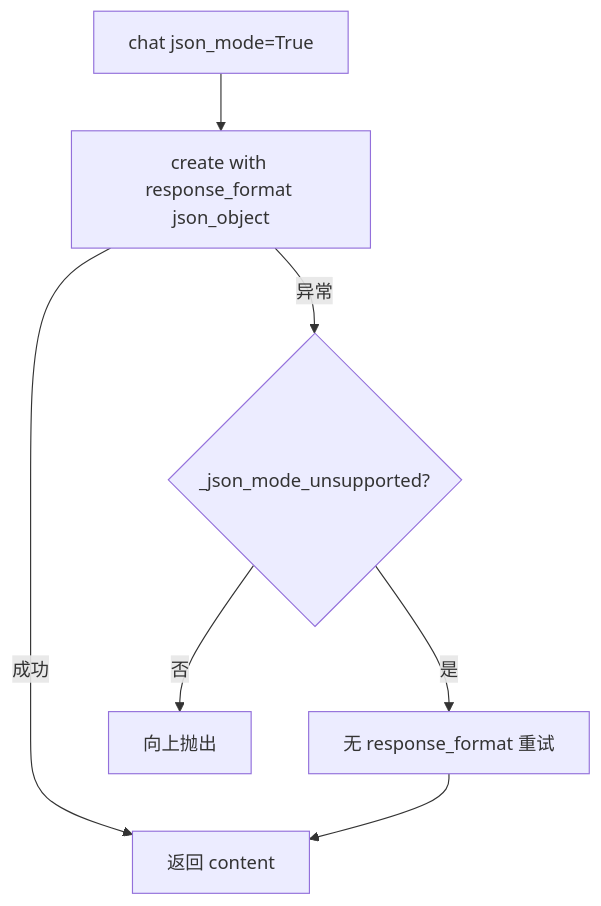
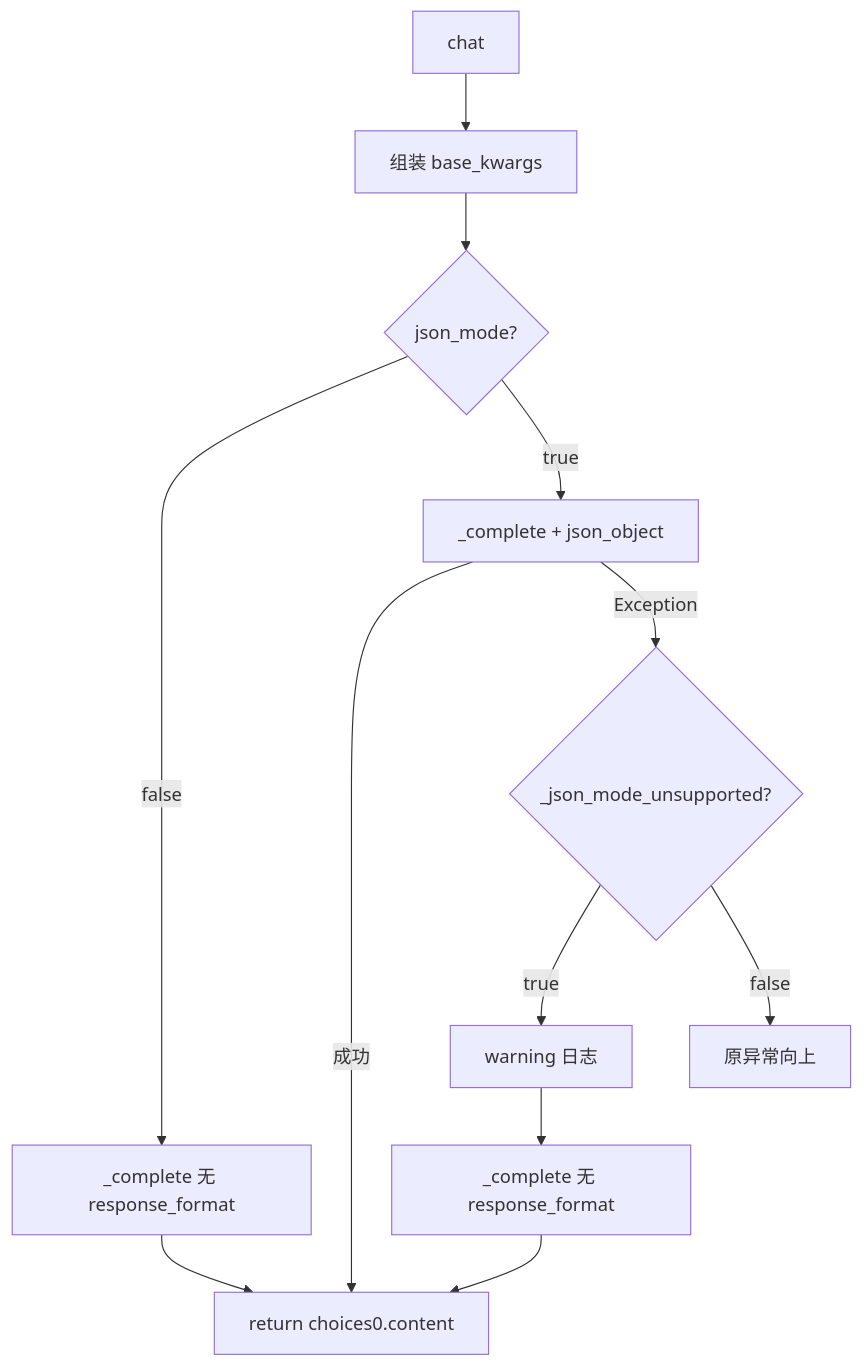
Before and after one commit to david999/ai_native: the seventh of 9 diagrams in docs/CODE_REFERENCE.md, drawn with Mermaid. The commit also changed other lines of this file, not shown here.

````diff
--- a/docs/CODE_REFERENCE.md
+++ b/docs/CODE_REFERENCE.md
@@ -432,9 +579,13 @@
 ```mermaid
 flowchart TD
-    Start[chat json_mode=True] --> Try[create with response_format json_object]
-    Try -->|成功| Ret[返回 content]
-    Try -->|异常| Check{_json_mode_unsupported?}
-    Check -->|是| Retry[无 response_format 重试]
-    Check -->|否| Raise[向上抛出]
-    Retry --> Ret
+    Start[chat] --> Build[组装 base_kwargs]
+    Build --> JM{json_mode?}
+    JM -->|false| C1[_complete 无 response_format]
+    JM -->|true| Try[_complete + json_object]
+    Try -->|成功| Ret[return choices0.content]
+    Try -->|Exception| U{_json_mode_unsupported?}
+    U -->|true| Warn[warning 日志] --> C2[_complete 无 response_format]
+    U -->|false| Raise[原异常向上]
+    C1 --> Ret
+    C2 --> Ret
 ```
````
